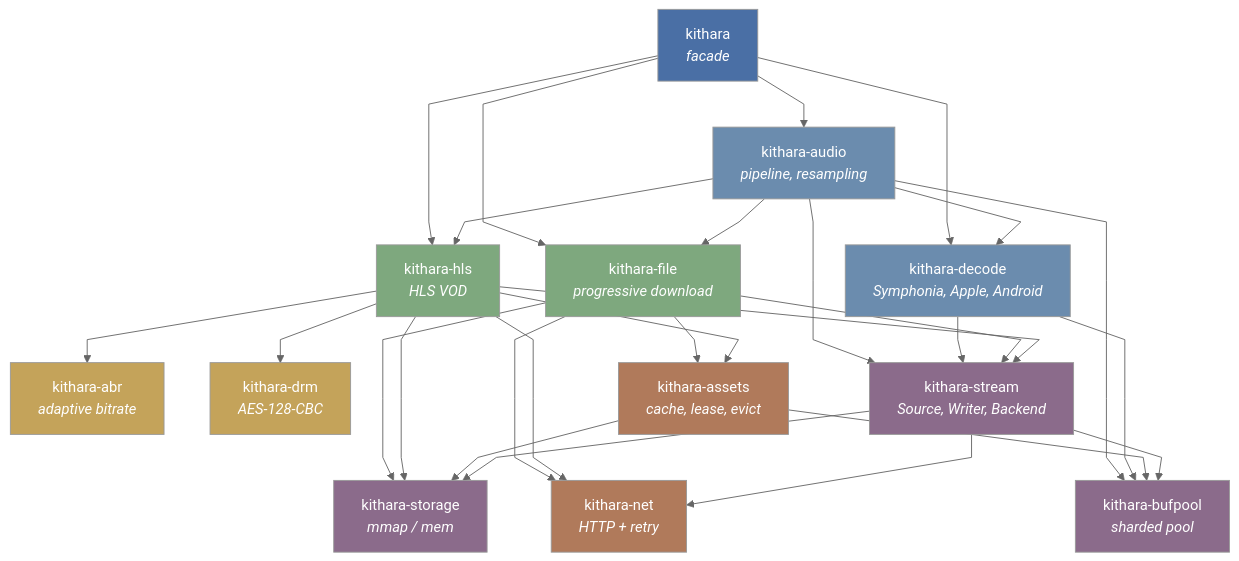
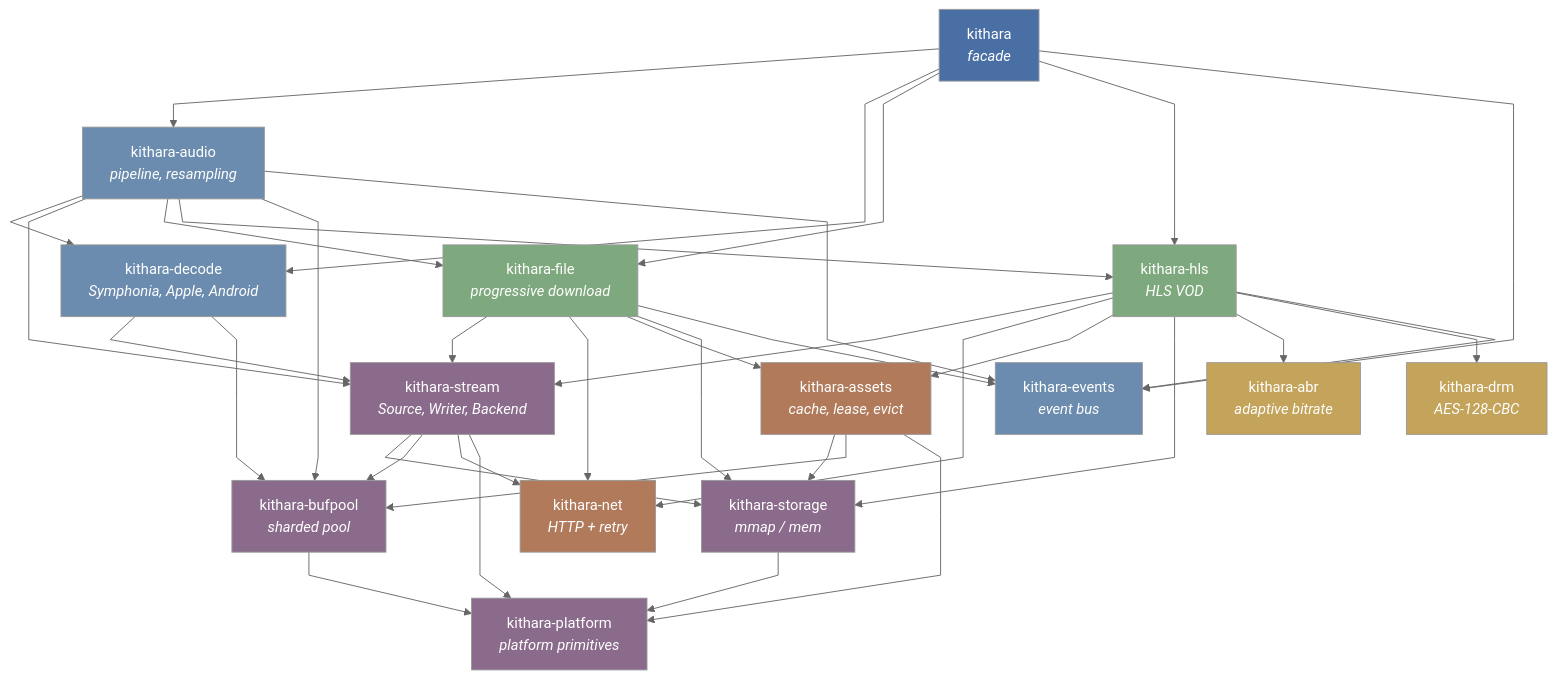
Before and after one commit to zvuk/kithara: the diagram in README.md, drawn with Mermaid (neutral theme). The commit also changed other lines of this file and 158 other files, not shown here.

First line of the commit message:
feat: WebAssembly HLS player, CI hardening, kithara-play architecture

````diff
--- a/README.md
+++ b/README.md
@@ -40,62 +40,75 @@
 ```mermaid
 %%{init: {"flowchart": {"curve": "linear"}} }%%
 graph TD
     kithara["kithara<br/><i>facade</i>"]
     audio["kithara-audio<br/><i>pipeline, resampling</i>"]
     decode["kithara-decode<br/><i>Symphonia, Apple, Android</i>"]
     file["kithara-file<br/><i>progressive download</i>"]
     hls["kithara-hls<br/><i>HLS VOD</i>"]
     abr["kithara-abr<br/><i>adaptive bitrate</i>"]
     drm["kithara-drm<br/><i>AES-128-CBC</i>"]
     net["kithara-net<br/><i>HTTP + retry</i>"]
     assets["kithara-assets<br/><i>cache, lease, evict</i>"]
     stream["kithara-stream<br/><i>Source, Writer, Backend</i>"]
     storage["kithara-storage<br/><i>mmap / mem</i>"]
     bufpool["kithara-bufpool<br/><i>sharded pool</i>"]
+    events["kithara-events<br/><i>event bus</i>"]
+    platform["kithara-platform<br/><i>platform primitives</i>"]
 
     kithara --> audio
     kithara --> decode
     kithara --> file
     kithara --> hls
+    kithara --> events
 
     audio --> decode
     audio --> stream
     audio --> file
     audio --> hls
     audio --> bufpool
+    audio --> events
 
     decode --> stream
     decode --> bufpool
 
     file --> stream
     file --> net
     file --> assets
     file --> storage
+    file --> events
 
     hls --> stream
     hls --> net
     hls --> assets
     hls --> storage
     hls --> abr
     hls --> drm
+    hls --> events
 
     assets --> storage
     assets --> bufpool
+    assets --> platform
 
     stream --> storage
     stream --> bufpool
     stream --> net
+    stream --> platform
+
+    bufpool --> platform
+    storage --> platform
 
     style kithara fill:#4a6fa5,color:#fff
     style audio fill:#6b8cae,color:#fff
     style decode fill:#6b8cae,color:#fff
     style file fill:#7ea87e,color:#fff
     style hls fill:#7ea87e,color:#fff
     style abr fill:#c4a35a,color:#fff
     style drm fill:#c4a35a,color:#fff
     style net fill:#b07a5b,color:#fff
     style assets fill:#b07a5b,color:#fff
     style stream fill:#8b6b8b,color:#fff
     style storage fill:#8b6b8b,color:#fff
     style bufpool fill:#8b6b8b,color:#fff
+    style events fill:#6b8cae,color:#fff
+    style platform fill:#8b6b8b,color:#fff
 ```
````
